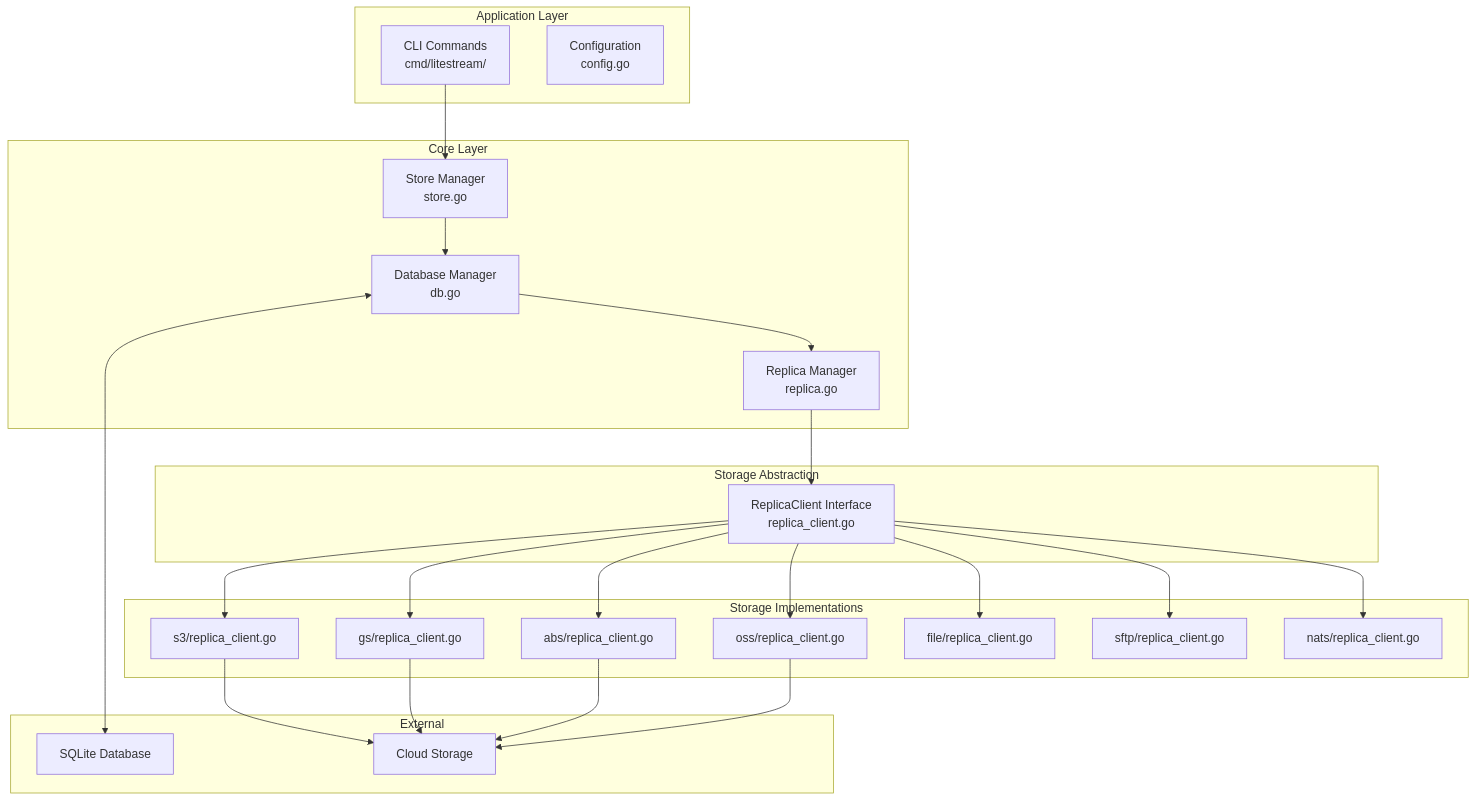
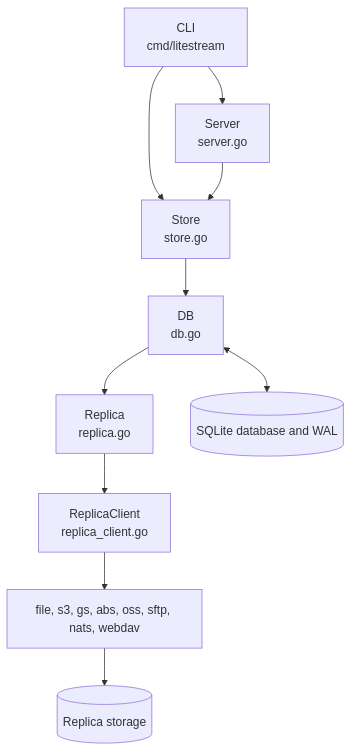
The first of 2 diagrams in docs/ARCHITECTURE.md (benbjohnson/litestream), drawn with Mermaid before and after one commit. The commit also changed other lines of this file and 58 other files, not shown here.

````diff
--- a/docs/ARCHITECTURE.md
+++ b/docs/ARCHITECTURE.md
@@ -22,49 +16,22 @@
 ```mermaid
 graph TB
-    subgraph "Application Layer"
-        CLI[CLI Commands<br/>cmd/litestream/]
-        Config[Configuration<br/>config.go]
-    end
-
-    subgraph "Core Layer"
-        Store[Store Manager<br/>store.go]
-        DB[Database Manager<br/>db.go]
-        Replica[Replica Manager<br/>replica.go]
-    end
-
-    subgraph "Storage Abstraction"
-        RC[ReplicaClient Interface<br/>replica_client.go]
-    end
-
-    subgraph "Storage Implementations"
-        S3[s3/replica_client.go]
-        GCS[gs/replica_client.go]
-        ABS[abs/replica_client.go]
-        OSS[oss/replica_client.go]
-        File[file/replica_client.go]
-        SFTP[sftp/replica_client.go]
-        NATS[nats/replica_client.go]
-    end
-
-    subgraph "External"
-        SQLite[SQLite Database]
-        Cloud[Cloud Storage]
-    end
+    CLI["CLI<br/>cmd/litestream"]
+    Server["Server<br/>server.go"]
+    Store["Store<br/>store.go"]
+    DB["DB<br/>db.go"]
+    Replica["Replica<br/>replica.go"]
+    RC["ReplicaClient<br/>replica_client.go"]
+    SQLite[("SQLite database and WAL")]
+    Backends["file, s3, gs, abs, oss, sftp, nats, webdav"]
+    Storage[("Replica storage")]
 
     CLI --> Store
+    CLI --> Server
+    Server --> Store
     Store --> DB
+    DB <--> SQLite
     DB --> Replica
     Replica --> RC
-    RC --> S3
-    RC --> GCS
-    RC --> ABS
-    RC --> OSS
-    RC --> File
-    RC --> SFTP
-    RC --> NATS
-    DB <--> SQLite
-    S3 --> Cloud
-    GCS --> Cloud
-    ABS --> Cloud
-    OSS --> Cloud
+    RC --> Backends
+    Backends --> Storage
 ```
````
